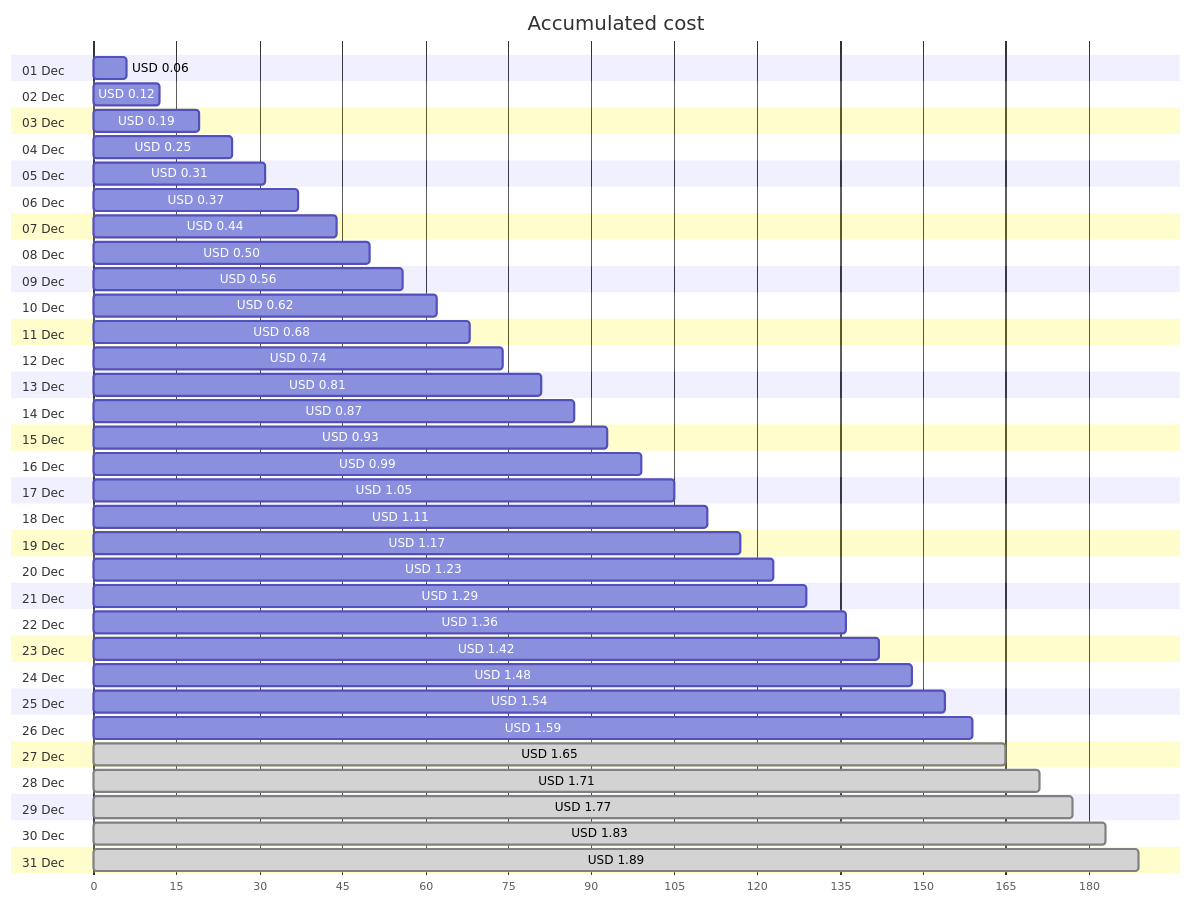
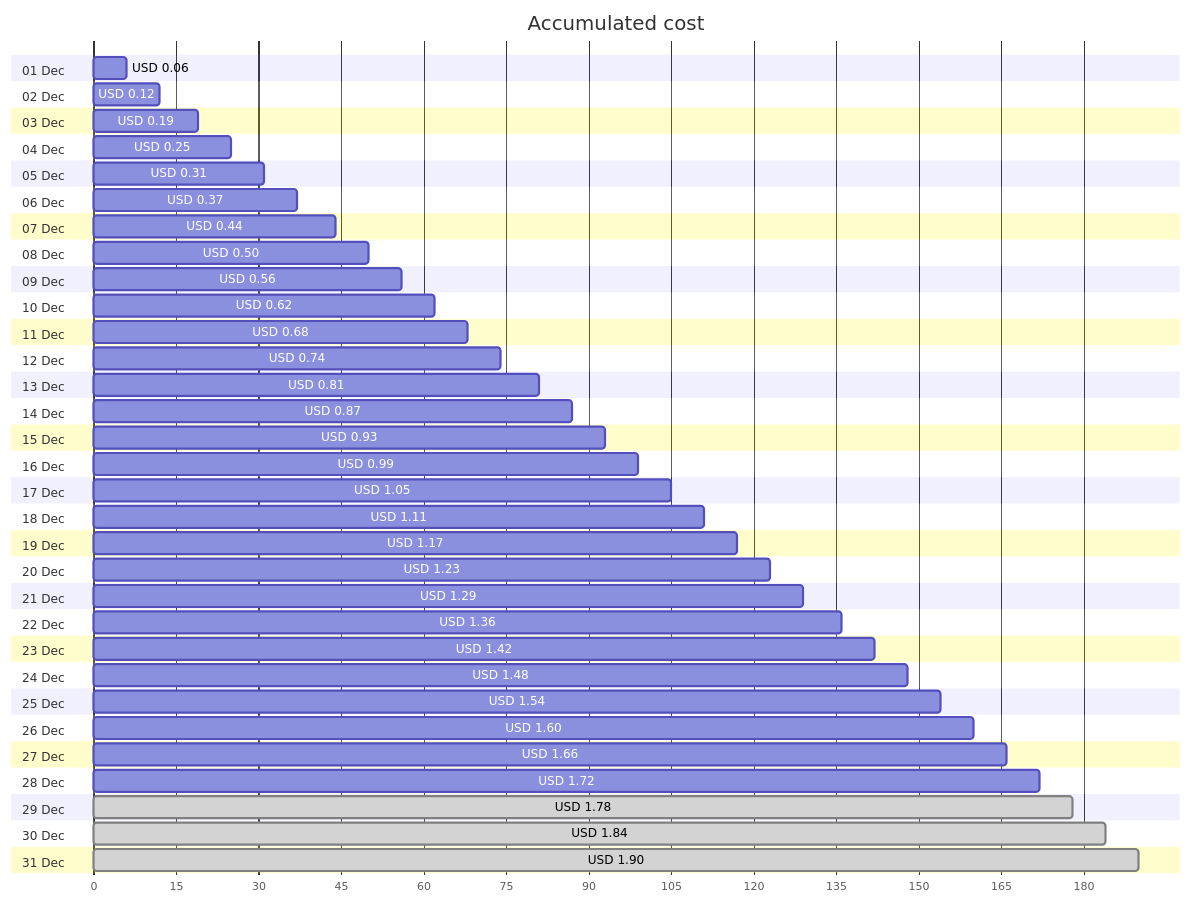
One commit to jpfulton/azure-personal-reports changed the first of 4 diagrams in cost-reports/personal-network/backup-server_OsDisk.md. Above: the diagram before and after it, drawn with Mermaid. The commit also changed other lines of this file and 8 other files, not shown here.

````diff
--- a/cost-reports/personal-network/backup-server_OsDisk.md
+++ b/cost-reports/personal-network/backup-server_OsDisk.md
@@ -20,68 +20,68 @@
 ```mermaid
 gantt
    title Accumulated cost
    dateFormat  X
    axisFormat %s
    section 01 Dec
    USD 0.06 :0, 6
    section 02 Dec
    USD 0.12 :0, 12
    section 03 Dec
    USD 0.19 :0, 19
    section 04 Dec
    USD 0.25 :0, 25
    section 05 Dec
    USD 0.31 :0, 31
    section 06 Dec
    USD 0.37 :0, 37
    section 07 Dec
    USD 0.44 :0, 44
    section 08 Dec
    USD 0.50 :0, 50
    section 09 Dec
    USD 0.56 :0, 56
    section 10 Dec
    USD 0.62 :0, 62
    section 11 Dec
    USD 0.68 :0, 68
    section 12 Dec
    USD 0.74 :0, 74
    section 13 Dec
    USD 0.81 :0, 81
    section 14 Dec
    USD 0.87 :0, 87
    section 15 Dec
    USD 0.93 :0, 93
    section 16 Dec
    USD 0.99 :0, 99
    section 17 Dec
    USD 1.05 :0, 105
    section 18 Dec
    USD 1.11 :0, 111
    section 19 Dec
    USD 1.17 :0, 117
    section 20 Dec
    USD 1.23 :0, 123
    section 21 Dec
    USD 1.29 :0, 129
    section 22 Dec
    USD 1.36 :0, 136
    section 23 Dec
    USD 1.42 :0, 142
    section 24 Dec
    USD 1.48 :0, 148
    section 25 Dec
    USD 1.54 :0, 154
    section 26 Dec
-   USD 1.59 :0, 159
+   USD 1.60 :0, 160
    section 27 Dec
-   USD 1.65 : done, 0, 165
+   USD 1.66 :0, 166
    section 28 Dec
-   USD 1.71 : done, 0, 171
+   USD 1.72 :0, 172
    section 29 Dec
-   USD 1.77 : done, 0, 177
+   USD 1.78 : done, 0, 178
    section 30 Dec
-   USD 1.83 : done, 0, 183
+   USD 1.84 : done, 0, 184
    section 31 Dec
-   USD 1.89 : done, 0, 189
+   USD 1.90 : done, 0, 190
 ```
````
